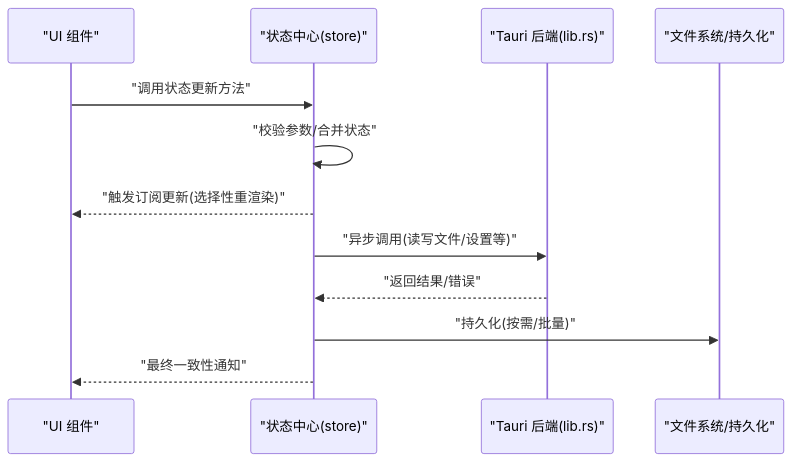
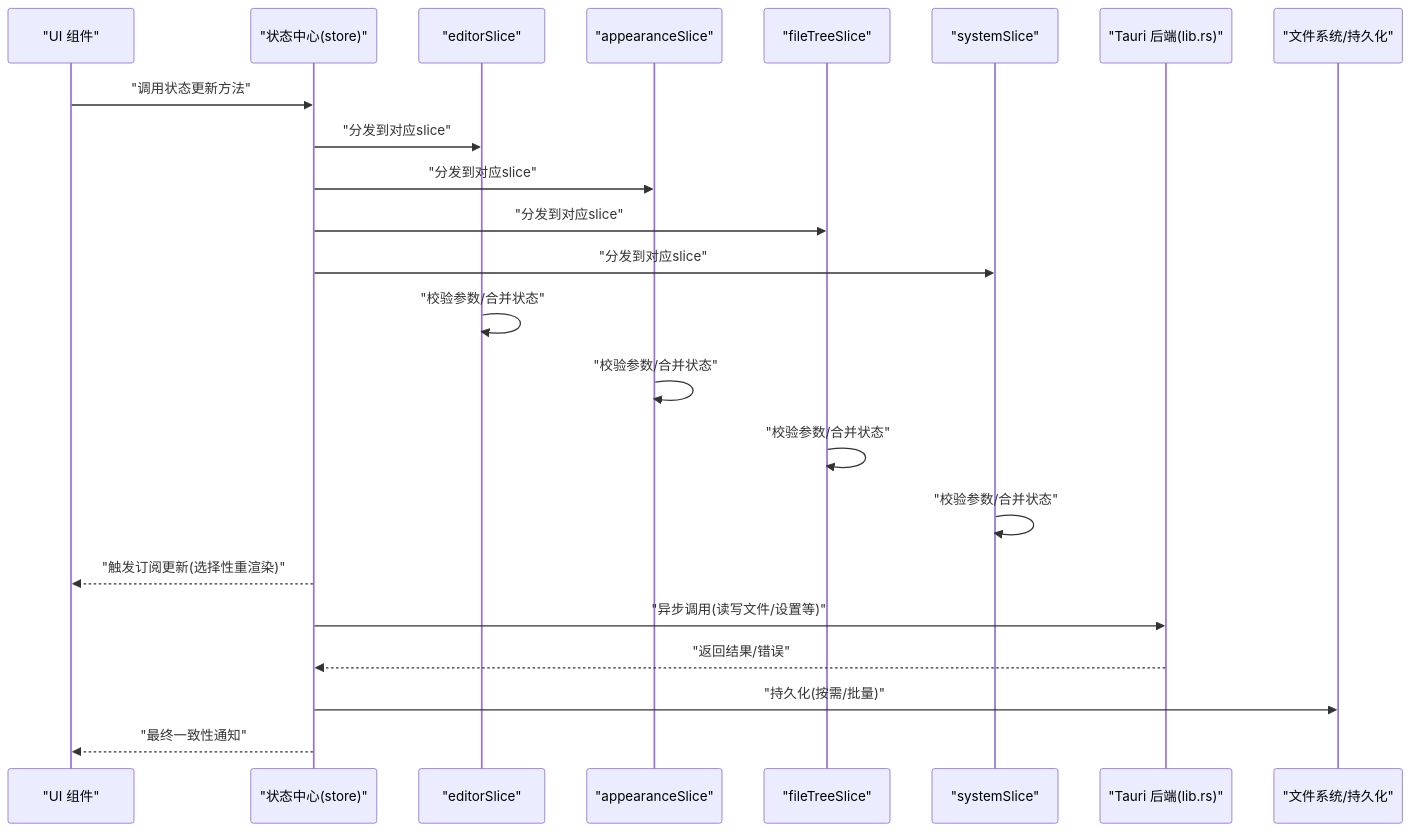
The second of 3 diagrams in .qoder/repowiki/zh/content/状态管理.md (gongshiyun/ZenNote), drawn with Mermaid before and after one commit. The commit also changed other lines of this file and 42 other files, not shown here.

````diff
--- a/.qoder/repowiki/zh/content/状态管理.md
+++ b/.qoder/repowiki/zh/content/状态管理.md
@@ -111,14 +145,25 @@
 ```mermaid
 sequenceDiagram
 participant UI as "UI 组件"
 participant Store as "状态中心(store)"
+participant EditorSlice as "editorSlice"
+participant AppearanceSlice as "appearanceSlice"
+participant FileTreeSlice as "fileTreeSlice"
+participant SystemSlice as "systemSlice"
 participant Tauri as "Tauri 后端(lib.rs)"
 participant FS as "文件系统/持久化"
 UI->>Store : "调用状态更新方法"
-Store->>Store : "校验参数/合并状态"
+Store->>EditorSlice : "分发到对应slice"
+Store->>AppearanceSlice : "分发到对应slice"
+Store->>FileTreeSlice : "分发到对应slice"
+Store->>SystemSlice : "分发到对应slice"
+EditorSlice->>EditorSlice : "校验参数/合并状态"
+AppearanceSlice->>AppearanceSlice : "校验参数/合并状态"
+FileTreeSlice->>FileTreeSlice : "校验参数/合并状态"
+SystemSlice->>SystemSlice : "校验参数/合并状态"
 Store-->>UI : "触发订阅更新(选择性重渲染)"
 Store->>Tauri : "异步调用(读写文件/设置等)"
 Tauri-->>Store : "返回结果/错误"
 Store->>FS : "持久化(按需/批量)"
 Store-->>UI : "最终一致性通知"
 ```
````
